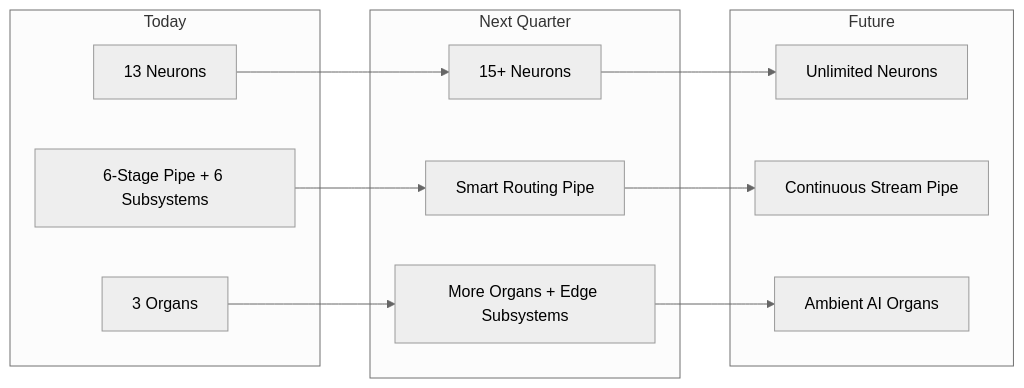
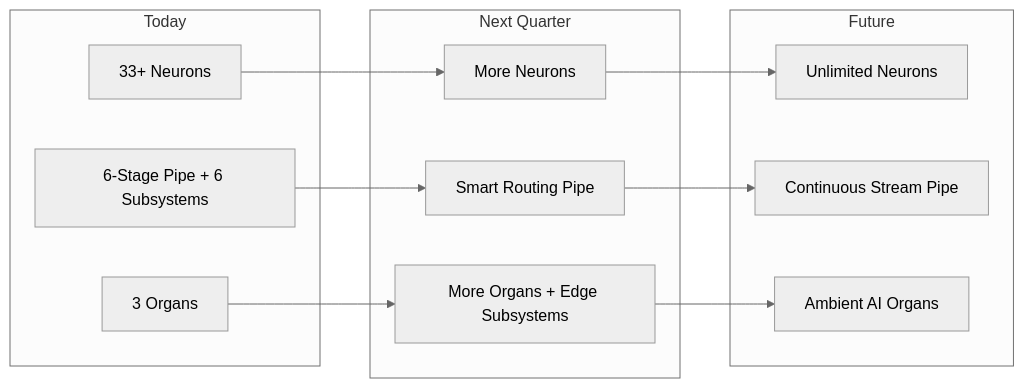
Before and after one commit to juspay/neurolink-blog: the fourth of 4 diagrams in _posts/2026-03-14-ai-nervous-system-architecture.md, drawn with Mermaid (neutral theme). The commit also changed other lines of this file and 172 other files, not shown here.

````diff
--- a/_posts/2026-03-14-ai-nervous-system-architecture.md
+++ b/_posts/2026-03-14-ai-nervous-system-architecture.md
@@ -378,24 +378,24 @@
 ```mermaid
 graph LR
     subgraph "Today"
-        T1["13 Neurons"]
+        T1["33+ Neurons"]
         T2["6-Stage Pipe + 6 Subsystems"]
         T3["3 Organs"]
     end
 
     subgraph "Next Quarter"
-        N1["15+ Neurons"]
+        N1["More Neurons"]
         N2["Smart Routing Pipe"]
         N3["More Organs + Edge Subsystems"]
     end
 
     subgraph "Future"
         F1["Unlimited Neurons"]
         F2["Continuous Stream Pipe"]
         F3["Ambient AI Organs"]
     end
 
     T1 --> N1 --> F1
     T2 --> N2 --> F2
     T3 --> N3 --> F3
 ```
````
